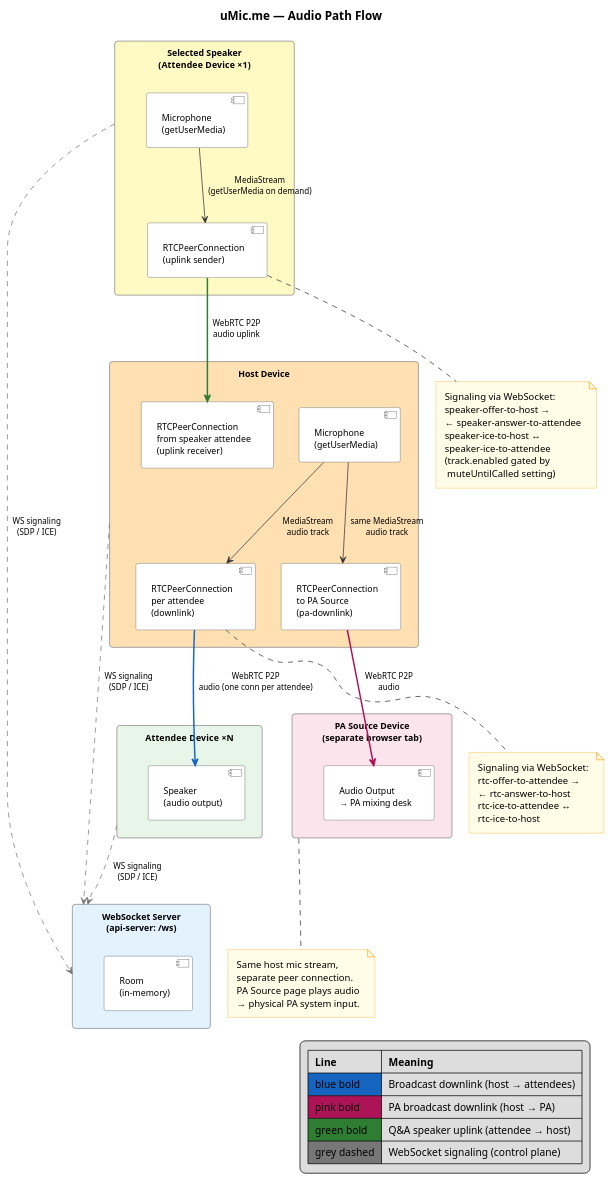
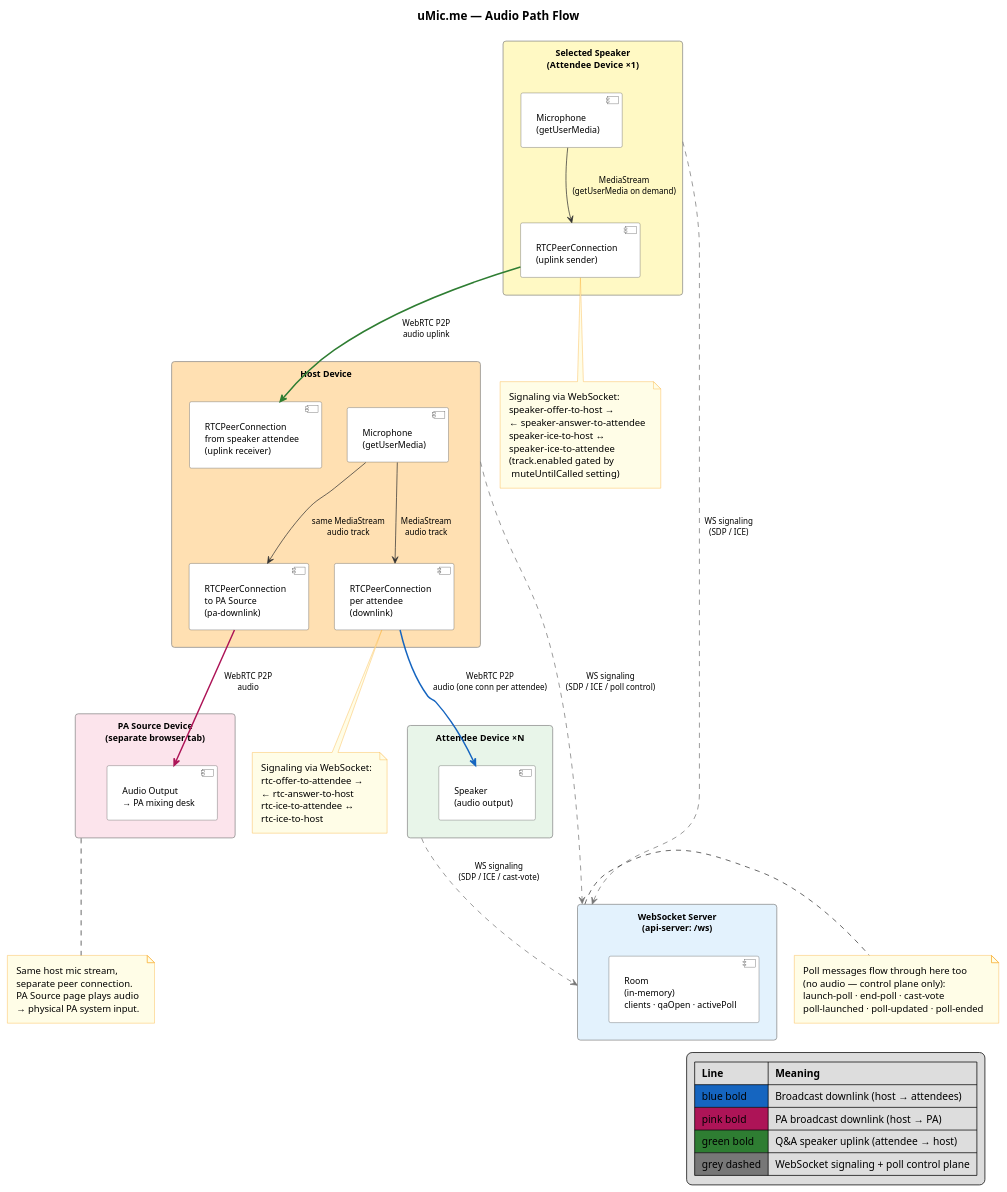
The diagram in doc/audio-path.puml (sasconsul/uMic_me), drawn with PlantUML before and after one commit. The commit also changed 7 other files, not shown here.

```diff
--- a/doc/audio-path.puml
+++ b/doc/audio-path.puml
@@ -1,112 +1,119 @@
 @startuml audio-path
 title uMic.me — Audio Path Flow
 
 skinparam component {
   BackgroundColor #FFFFFF
   BorderColor #555555
   FontName Helvetica
   FontSize 12
 }
 skinparam rectangle {
   BackgroundColor #F5F5F5
   BorderColor #888888
   FontName Helvetica
   FontSize 12
   RoundCorner 8
 }
 skinparam note {
   BackgroundColor #FFFDE7
   BorderColor #F9A825
   FontName Helvetica
 }
 skinparam arrow {
   Color #333333
   FontName Helvetica
   FontSize 11
 }
 skinparam TitleFontSize 16
 skinparam padding 6
 
 ' ─── Participants ──────────────────────────────────────────────────────────────
 
 rectangle "Host Device" as HostDevice #FFE0B2 {
   component [Microphone\n(getUserMedia)] as HostMic
   component [RTCPeerConnection\nper attendee\n(downlink)] as DownPC
   component [RTCPeerConnection\nto PA Source\n(pa-downlink)] as PaDownPC
   component [RTCPeerConnection\nfrom speaker attendee\n(uplink receiver)] as UplinkPC
 }
 
 rectangle "WebSocket Server\n(api-server: /ws)" as WSServer #E3F2FD {
-  component [Room\n(in-memory)] as Room
+  component [Room\n(in-memory)\nclients · qaOpen · activePoll] as Room
 }
 
 rectangle "Attendee Device  ×N" as AttendeeDevice #E8F5E9 {
   component [Speaker\n(audio output)] as AttendeeSpeaker
 }
 
 rectangle "Selected Speaker\n(Attendee Device  ×1)" as SpeakerDevice #FFF9C4 {
   component [Microphone\n(getUserMedia)] as SpeakerMic
   component [RTCPeerConnection\n(uplink sender)] as UplinkSender
 }
 
 rectangle "PA Source Device\n(separate browser tab)" as PaSource #FCE4EC {
   component [Audio Output\n→ PA mixing desk] as PaOutput
 }
 
 ' ─── Path 1 · Broadcast Downlink (Host → All Attendees) ───────────────────────
 
 HostMic -down-> DownPC : MediaStream\naudio track
 DownPC -[#1565C0,bold]-> AttendeeSpeaker : WebRTC P2P\naudio (one conn per attendee)
 
 note bottom of DownPC
   Signaling via WebSocket:
   rtc-offer-to-attendee →
   ← rtc-answer-to-host
   rtc-ice-to-attendee ↔
   rtc-ice-to-host
 end note
 
 ' ─── Path 2 · PA Broadcast (Host → PA Source → PA System) ────────────────────
 
 HostMic -down-> PaDownPC : same MediaStream\naudio track
 PaDownPC -[#AD1457,bold]-> PaOutput : WebRTC P2P\naudio
 
 note bottom of PaSource
   Same host mic stream,
   separate peer connection.
   PA Source page plays audio
   → physical PA system input.
 end note
 
 ' ─── Path 3 · Q&A Speaker Uplink (Selected Attendee → Host) ──────────────────
 
 SpeakerMic -down-> UplinkSender : MediaStream\n(getUserMedia on demand)
 UplinkSender -[#2E7D32,bold]-> UplinkPC : WebRTC P2P\naudio uplink
 
 note bottom of UplinkSender
   Signaling via WebSocket:
   speaker-offer-to-host →
   ← speaker-answer-to-attendee
   speaker-ice-to-host ↔
   speaker-ice-to-attendee
   (track.enabled gated by
    muteUntilCalled setting)
 end note
 
-' ─── WebSocket Control Plane (SDP/ICE relay) ──────────────────────────────────
+' ─── WebSocket Control Plane (SDP/ICE relay + poll messages) ──────────────────
 
-HostDevice -[#777777,dashed]-> WSServer : WS signaling\n(SDP / ICE)
-AttendeeDevice -[#777777,dashed]-> WSServer : WS signaling\n(SDP / ICE)
+HostDevice -[#777777,dashed]-> WSServer : WS signaling\n(SDP / ICE / poll control)
+AttendeeDevice -[#777777,dashed]-> WSServer : WS signaling\n(SDP / ICE / cast-vote)
 SpeakerDevice -[#777777,dashed]-> WSServer : WS signaling\n(SDP / ICE)
+
+note right of WSServer
+  Poll messages flow through here too
+  (no audio — control plane only):
+  launch-poll · end-poll · cast-vote
+  poll-launched · poll-updated · poll-ended
+end note
 
 ' ─── Legend ───────────────────────────────────────────────────────────────────
 
 legend right
   |= Line |= Meaning |
   |<#1565C0> blue bold | Broadcast downlink (host → attendees) |
   |<#AD1457> pink bold | PA broadcast downlink (host → PA) |
   |<#2E7D32> green bold | Q&A speaker uplink (attendee → host) |
-  |<#777777,dashed> grey dashed | WebSocket signaling (control plane) |
+  |<#777777,dashed> grey dashed | WebSocket signaling + poll control plane |
 endlegend
 
 @enduml
```
